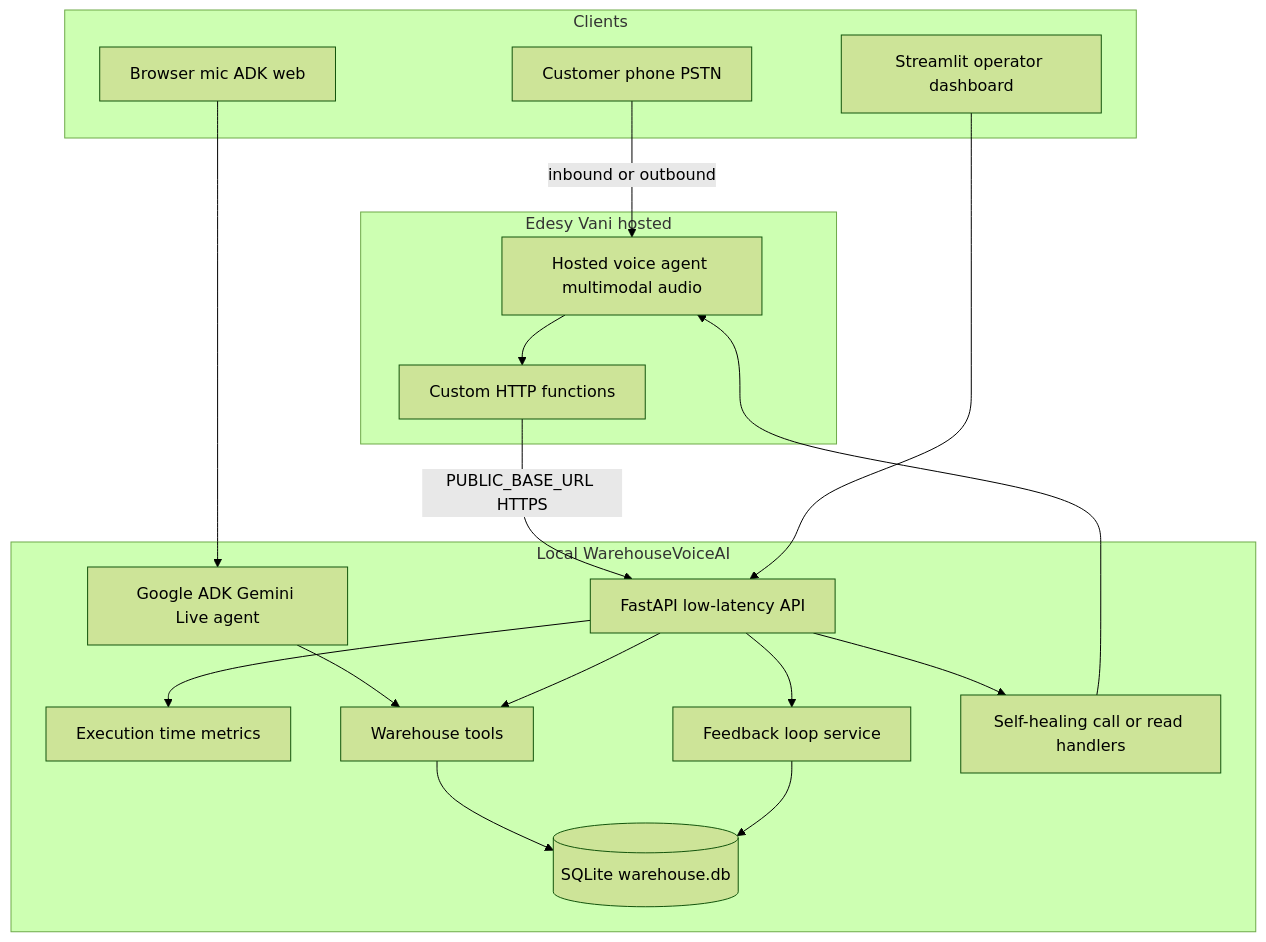
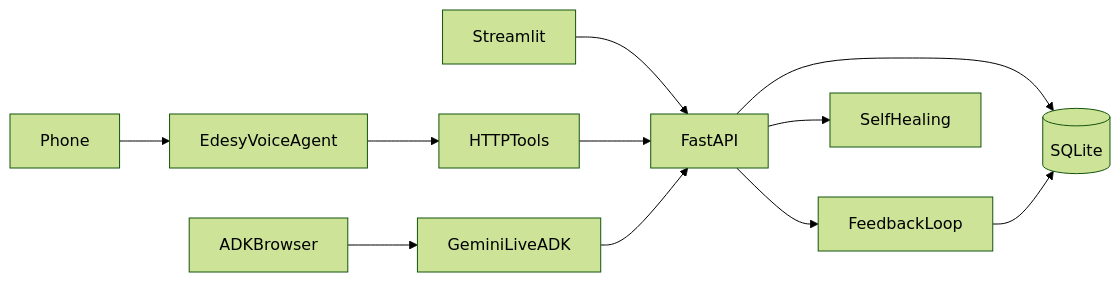
One commit to MANISH120904/Agentic-AI-warehouse changed the diagram in README.md. Above: the diagram before and after it, drawn with Mermaid (forest theme).

Commit message:
Simplify README architecture diagram for faster GitHub render

````diff
--- a/README.md
+++ b/README.md
@@ -16,37 +16,13 @@
 ```mermaid
-flowchart TB
-  subgraph clients [Clients]
-    Phone[Customer phone PSTN]
-    BrowserMic[Browser mic ADK web]
-    Ops[Streamlit operator dashboard]
-  end
-
-  subgraph edesyCloud [Edesy Vani hosted]
-    VoiceAgent[Hosted voice agent multimodal audio]
-    HttpTools[Custom HTTP functions]
-  end
-
-  subgraph localApp [Local WarehouseVoiceAI]
-    API[FastAPI low-latency API]
-    Timing[Execution time metrics]
-    Tools[Warehouse tools]
-    Feedback[Feedback loop service]
-    Heal[Self-healing call or read handlers]
-    ADK[Google ADK Gemini Live agent]
-    DB[(SQLite warehouse.db)]
-  end
-
-  Phone -->|inbound or outbound| VoiceAgent
-  VoiceAgent --> HttpTools
-  HttpTools -->|PUBLIC_BASE_URL HTTPS| API
-  BrowserMic --> ADK
-  ADK --> Tools
-  Ops --> API
-  API --> Timing
-  API --> Tools
-  API --> Feedback
-  API --> Heal
-  Tools --> DB
+flowchart LR
+  Phone[Phone] --> Edesy[EdesyVoiceAgent]
+  Browser[ADKBrowser] --> ADK[GeminiLiveADK]
+  Dash[Streamlit] --> API[FastAPI]
+  Edesy --> Tools[HTTPTools]
+  Tools --> API
+  ADK --> API
+  API --> DB[(SQLite)]
+  API --> Feedback[FeedbackLoop]
+  API --> Heal[SelfHealing]
   Feedback --> DB
-  Heal --> VoiceAgent
 ```
````
